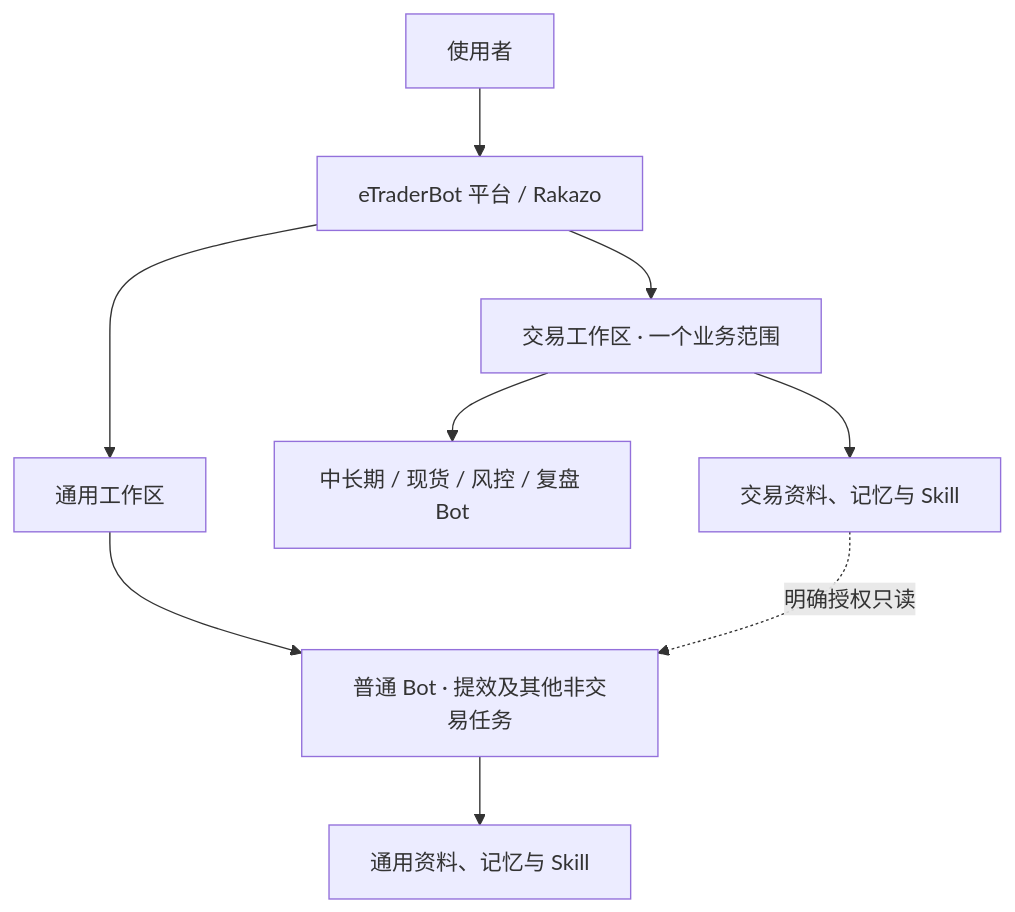
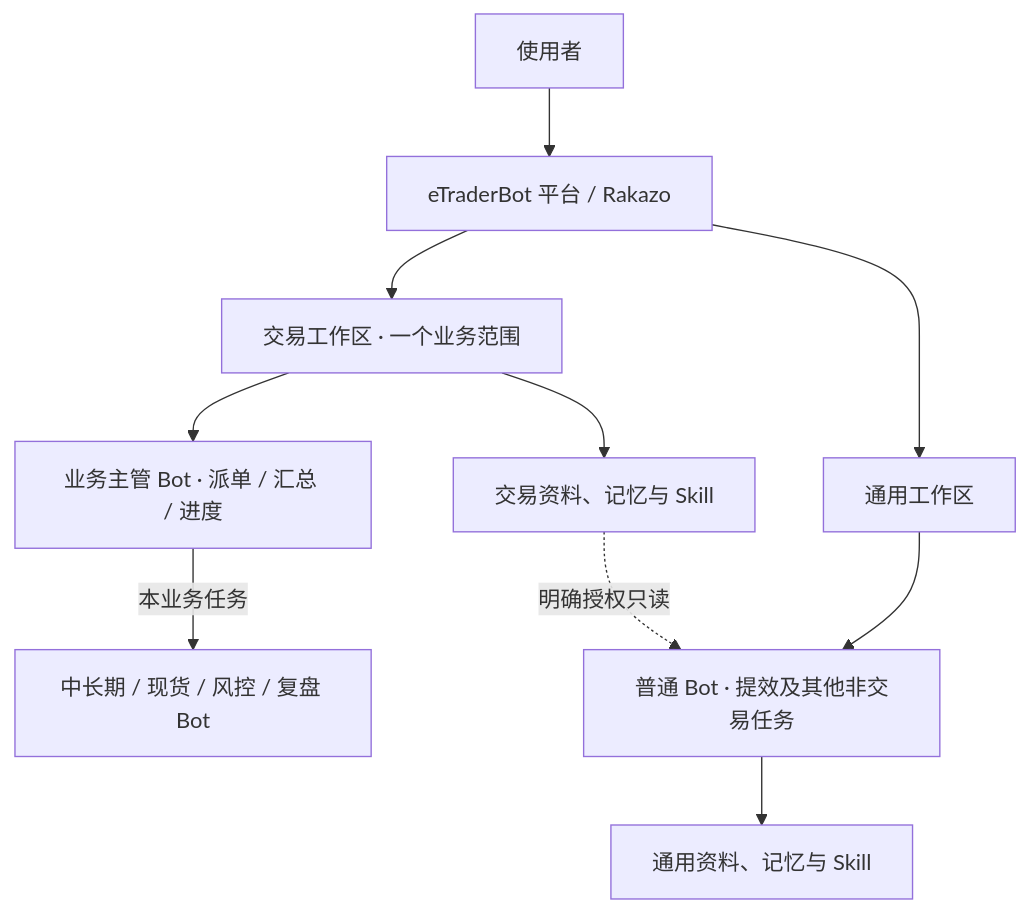
The first of 3 diagrams in docs/architecture/eTraderBot-ideal-relation.md (ShaySha-PRa/eTraderBot), drawn with Mermaid before and after one commit. The commit also changed other lines of this file and 61 other files, not shown here.

First line of the commit message:
feat: add a supervisor bot for each trading business

````diff
--- a/docs/architecture/eTraderBot-ideal-relation.md
+++ b/docs/architecture/eTraderBot-ideal-relation.md
@@ -7,11 +7,12 @@
 ```mermaid
 flowchart TB
   User[使用者] --> Platform[eTraderBot 平台 / Rakazo]
   Platform --> Trading[交易工作区 · 一个业务范围]
   Platform --> General[通用工作区]
-  Trading --> Roles[中长期 / 现货 / 风控 / 复盘 Bot]
+  Trading --> Supervisor[业务主管 Bot · 派单 / 汇总 / 进度]
+  Supervisor -->|本业务任务| Roles[中长期 / 现货 / 风控 / 复盘 Bot]
   Trading --> Evidence[交易资料、记忆与 Skill]
   General --> Assistants[普通 Bot · 提效及其他非交易任务]
   Assistants --> GeneralResources[通用资料、记忆与 Skill]
   Evidence -.->|明确授权只读| Assistants
 ```
````
